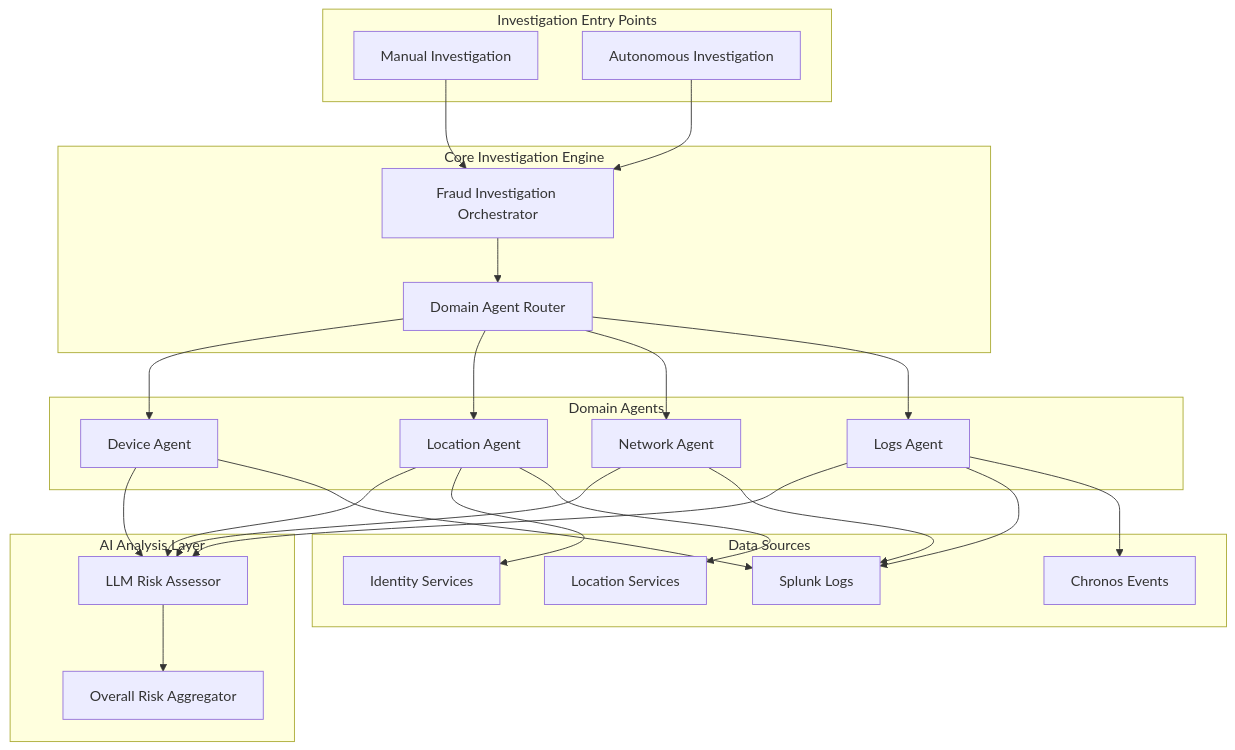
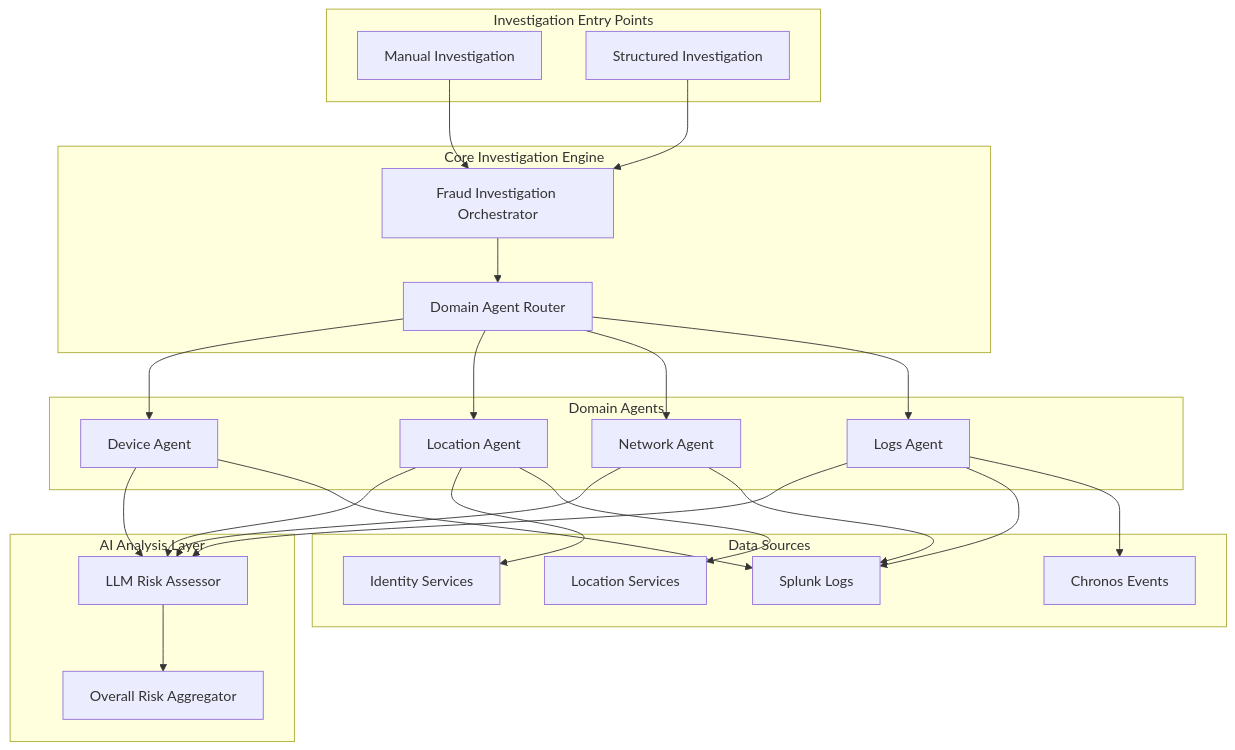
The first of 4 diagrams in olorin-server/docs/api/GAIA_Product_Overview.md (Olorin-ai-git/Bayit-Plus), drawn with Mermaid before and after one commit. The commit also changed other lines of this file and 703 other files, not shown here.

````diff
--- a/olorin-server/docs/api/GAIA_Product_Overview.md
+++ b/olorin-server/docs/api/GAIA_Product_Overview.md
@@ -11,50 +11,50 @@
 ```mermaid
 graph TB
     subgraph "Investigation Entry Points"
         A[Manual Investigation] 
-        B[Autonomous Investigation]
+        B[Structured Investigation]
     end
     
     subgraph "Core Investigation Engine"
         C[Fraud Investigation Orchestrator]
         D[Domain Agent Router]
     end
     
     subgraph "Domain Agents"
         E[Device Agent]
         F[Location Agent] 
         G[Network Agent]
         H[Logs Agent]
     end
     
     subgraph "AI Analysis Layer"
         I[LLM Risk Assessor]
         J[Overall Risk Aggregator]
     end
     
     subgraph "Data Sources"
         K[Splunk Logs]
         L[Chronos Events]
         M[Identity Services]
         N[Location Services]
     end
     
     A --> C
     B --> C
     C --> D
     D --> E
     D --> F
     D --> G
     D --> H
     E --> I
     F --> I
     G --> I
     H --> I
     I --> J
     E --> K
     F --> M
     F --> N
     G --> K
     H --> K
     H --> L
 ```
````
